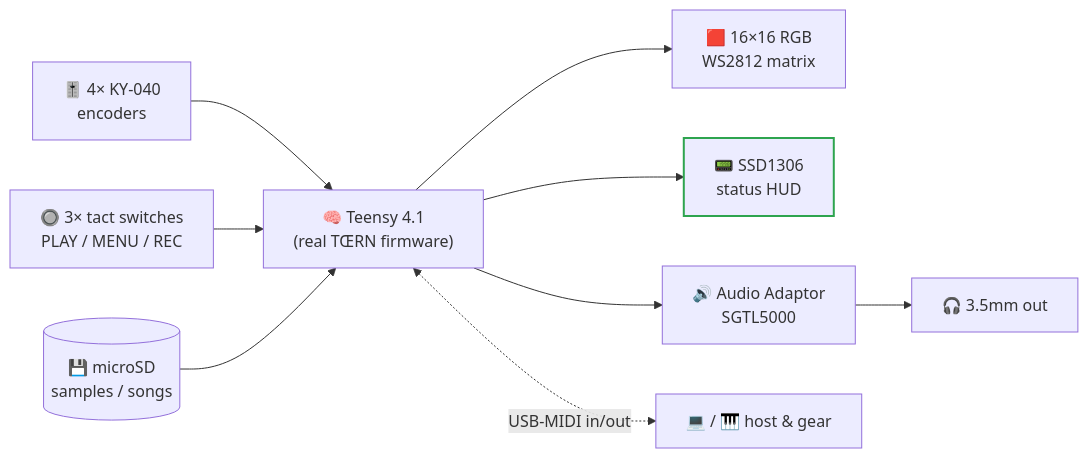
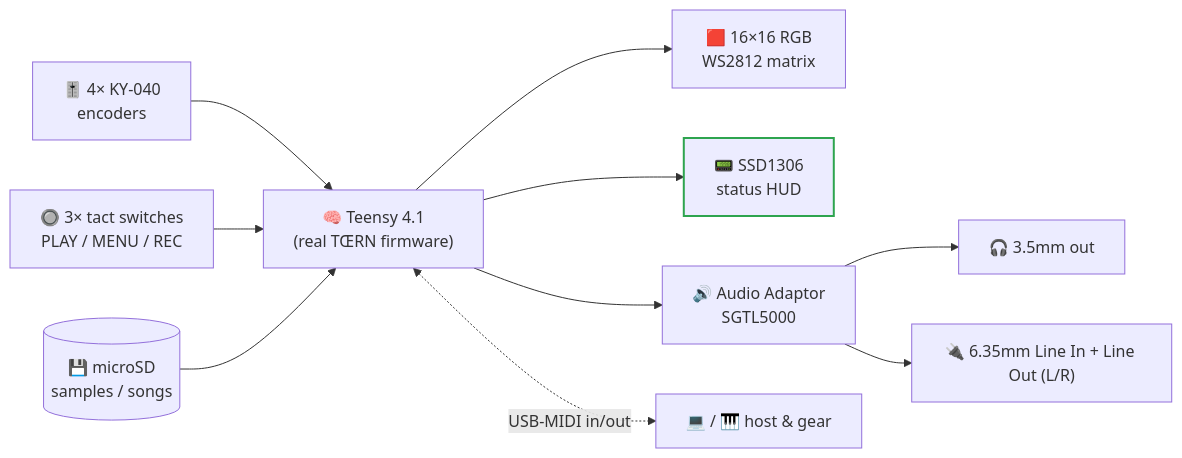
The first of 2 diagrams in README.md (luigismith/ichosynth), drawn with Mermaid before and after one commit. The commit also changed other lines of this file and 16 other files, not shown here.

First line of the commit message:
Add Line In/Out on 6.35mm mono jacks (+ keep 3.5mm headphone)

````diff
--- a/README.md
+++ b/README.md
@@ -137,13 +140,14 @@
 ```mermaid
 flowchart LR
     ENC["🎚️ 4× KY-040<br/>encoders"] --> T["🧠 Teensy 4.1<br/>(real TŒRN firmware)"]
     BTN["🔘 3× tact switches<br/>PLAY / MENU / REC"] --> T
     SD[("💾 microSD<br/>samples / songs")] --> T
     T --> LED["🟥 16×16 RGB<br/>WS2812 matrix"]
     T --> OLED["📟 SSD1306<br/>status HUD"]
     T --> AUDIO["🔊 Audio Adaptor<br/>SGTL5000"]
     AUDIO --> JACK["🎧 3.5mm out"]
+    AUDIO --> LINE["🔌 6.35mm Line In + Line Out (L/R)"]
     T <-. "USB-MIDI in/out" .-> HOST["💻 / 🎹 host & gear"]
 
     style OLED stroke:#2ea44f,stroke-width:2px
 ```
````
